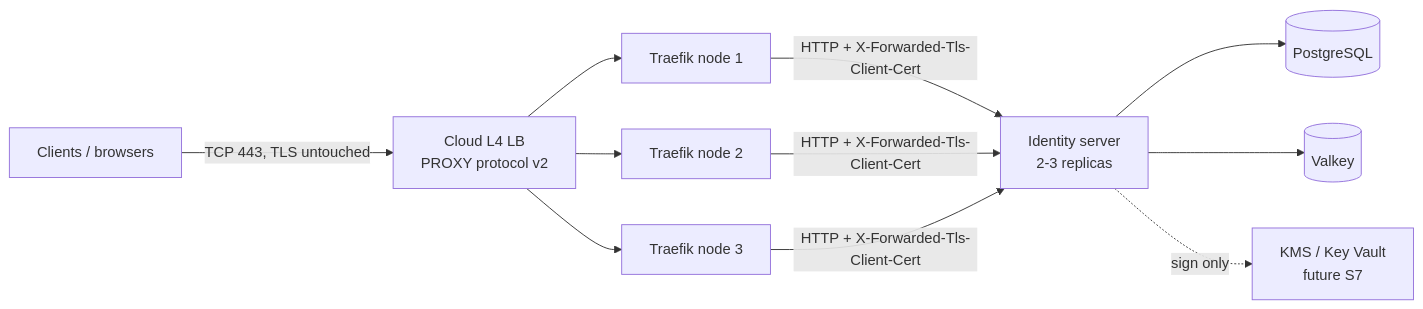
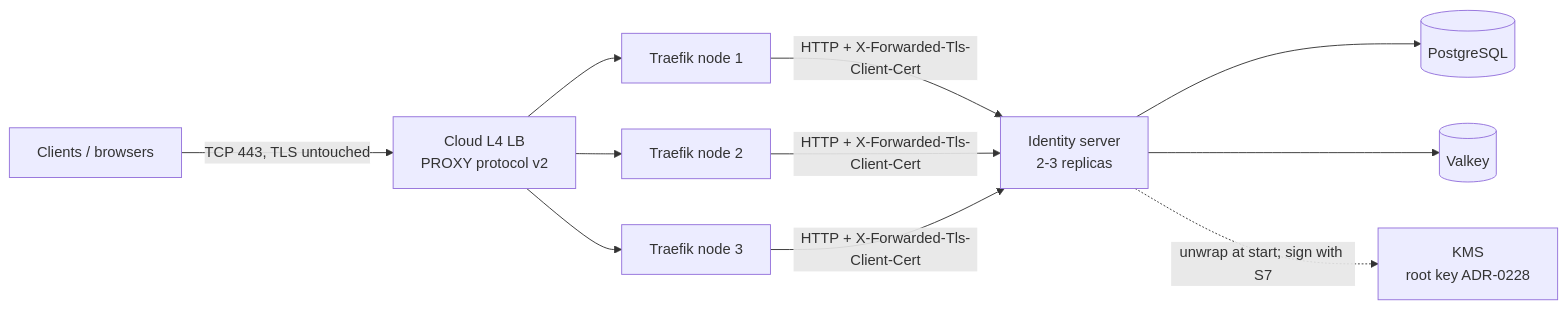
Before and after one commit to NCodeGroup/Identity: the diagram in docs/hosting-analysis.md, drawn with Mermaid. The commit also changed other lines of this file and 186 other files, not shown here.

````diff
--- a/docs/hosting-analysis.md
+++ b/docs/hosting-analysis.md
@@ -139,11 +140,11 @@
 ```mermaid
 flowchart LR
     C[Clients / browsers] -->|TCP 443, TLS untouched| LB[Cloud L4 LB<br/>PROXY protocol v2]
     LB --> T1[Traefik node 1]
     LB --> T2[Traefik node 2]
     LB --> T3[Traefik node 3]
     T1 & T2 & T3 -->|HTTP + X-Forwarded-Tls-Client-Cert| API[Identity server<br/>2-3 replicas]
     API --> PG[(PostgreSQL)]
     API --> VK[(Valkey)]
-    API -.->|sign only| KMS[KMS / Key Vault<br/>future S7]
+    API -.->|unwrap at start; sign with S7| KMS[KMS<br/>root key ADR-0228]
 ```
````
